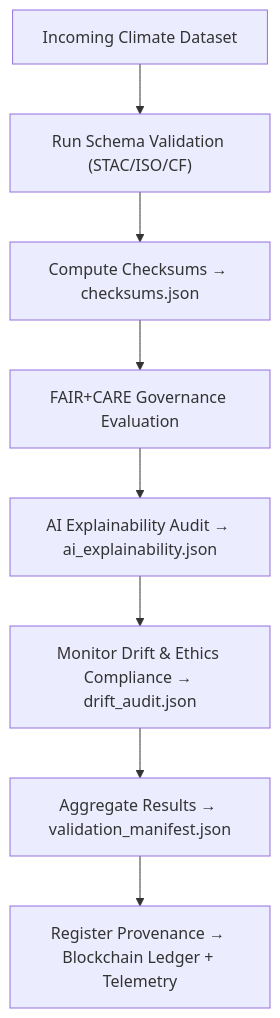
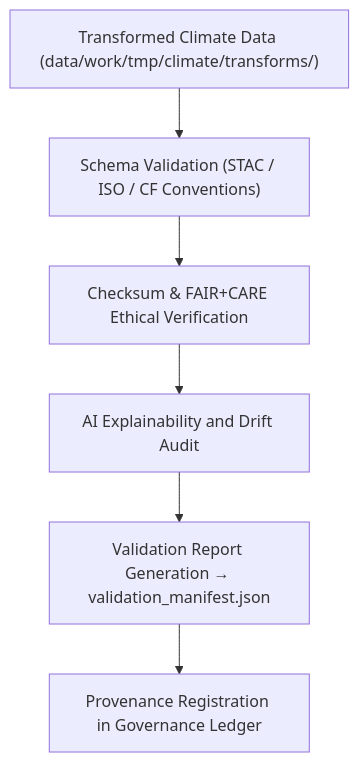
One commit to bartytime4life/Kansas-Frontier-Matrix changed the diagram in data/work/tmp/climate/validation/README.md. Above: the diagram before and after it, drawn with Mermaid. The commit also changed other lines of this file, not shown here.

````diff
--- a/data/work/tmp/climate/validation/README.md
+++ b/data/work/tmp/climate/validation/README.md
@@ -86,10 +75,8 @@
 ```mermaid
 flowchart TD
-    A["Incoming Climate Dataset"] --> B["Run Schema Validation (STAC/ISO/CF)"]
-    B --> C["Compute Checksums → checksums.json"]
-    C --> D["FAIR+CARE Governance Evaluation"]
-    D --> E["AI Explainability Audit → ai_explainability.json"]
-    E --> F["Monitor Drift & Ethics Compliance → drift_audit.json"]
-    F --> G["Aggregate Results → validation_manifest.json"]
-    G --> H["Register Provenance → Blockchain Ledger + Telemetry"]
+    A["Transformed Climate Data (data/work/tmp/climate/transforms/)"] --> B["Schema Validation (STAC / ISO / CF Conventions)"]
+    B --> C["Checksum & FAIR+CARE Ethical Verification"]
+    C --> D["AI Explainability and Drift Audit"]
+    D --> E["Validation Report Generation → validation_manifest.json"]
+    E --> F["Provenance Registration in Governance Ledger"]
 ```
````
